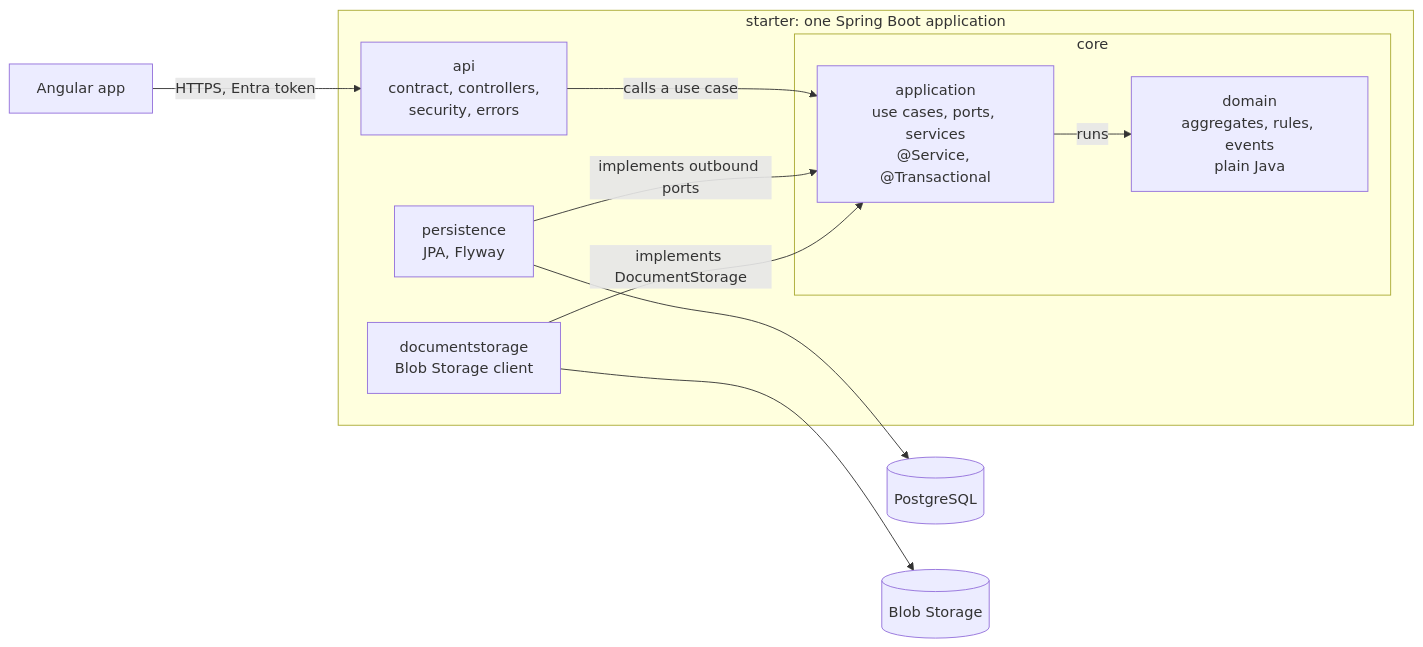
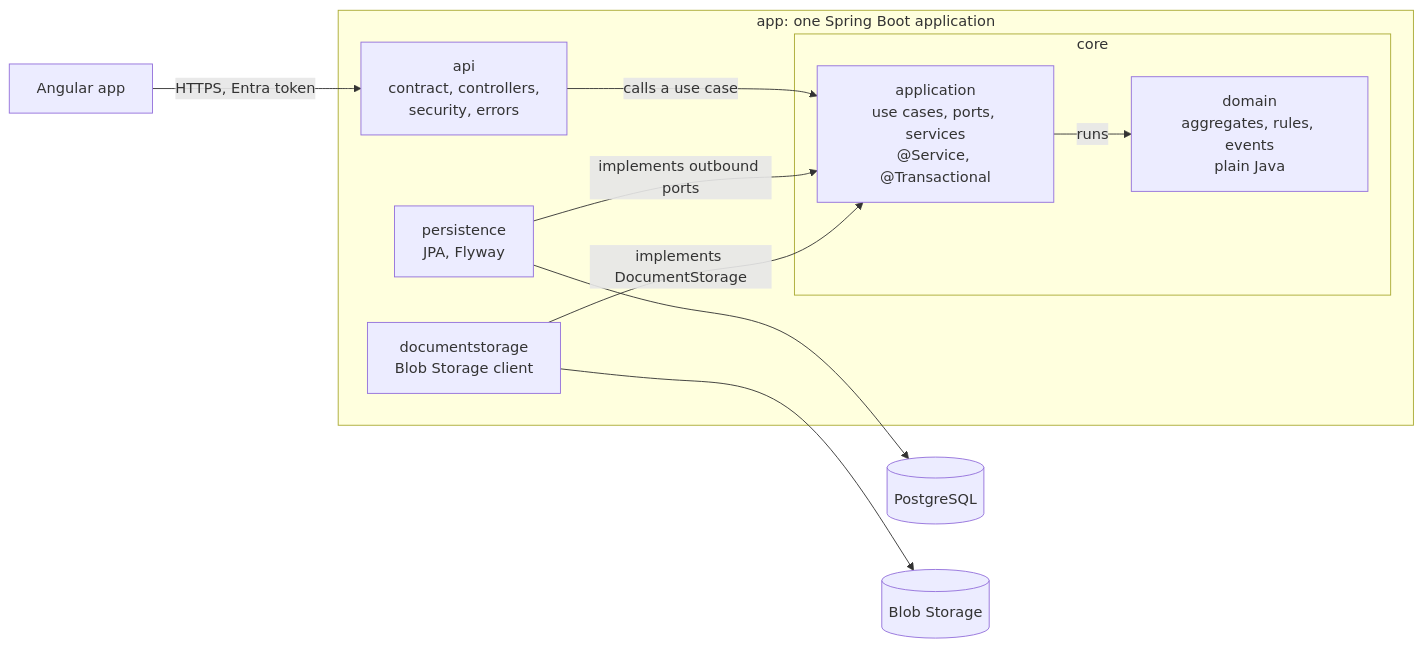
One commit to AchZak/civicgrant changed the first of 2 diagrams in README.md. Above: the diagram before and after it, drawn with Mermaid. The commit also changed other lines of this file and 23 other files, not shown here.

Commit message:
refactor: rename the starter module to app

````diff
--- a/README.md
+++ b/README.md
@@ -61,19 +61,19 @@
 ```mermaid
 flowchart LR
     client["Angular app"] -->|"HTTPS, Entra token"| api
-    subgraph app["starter: one Spring Boot application"]
+    subgraph app["app: one Spring Boot application"]
         api["api<br/>contract, controllers,<br/>security, errors"]
         subgraph core["core"]
             application["application<br/>use cases, ports, services<br/>@Service, @Transactional"]
             domain["domain<br/>aggregates, rules, events<br/>plain Java"]
             application -->|"runs"| domain
         end
         persistence["persistence<br/>JPA, Flyway"]
         documentstorage["documentstorage<br/>Blob Storage client"]
         api -->|"calls a use case"| application
         persistence -->|"implements outbound ports"| application
         documentstorage -->|"implements DocumentStorage"| application
     end
     persistence --> db[("PostgreSQL")]
     documentstorage --> blob[("Blob Storage")]
 ```
````
